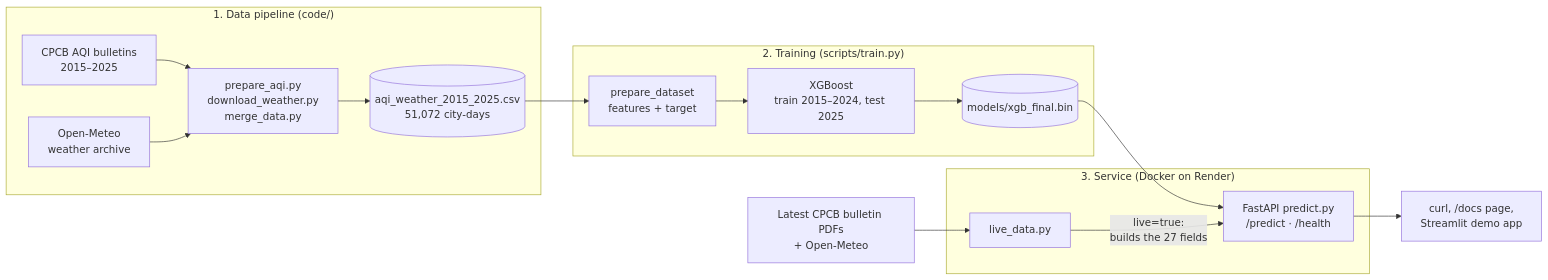
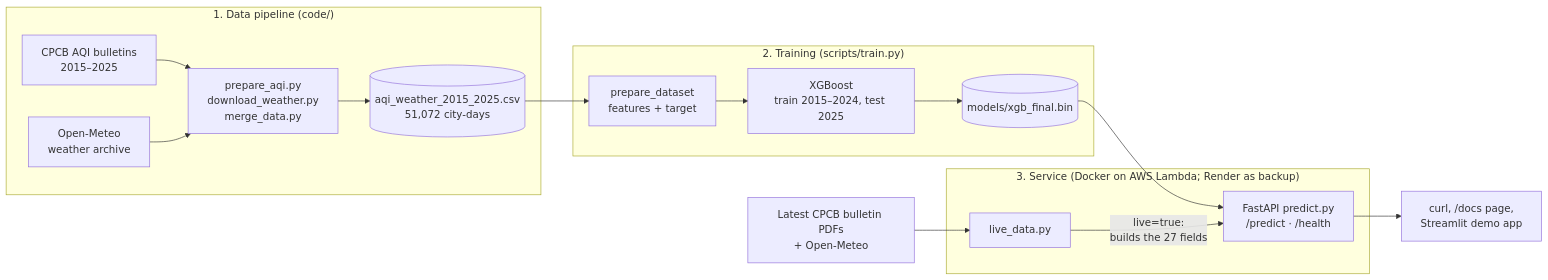
One commit to shohbitgupta/aqi_forcasting changed the diagram in README.md. Above: the diagram before and after it, drawn with Mermaid. The commit also changed other lines of this file and 1 other file, not shown here.

Commit message:
updated deployment to AWS lambda

````diff
--- a/README.md
+++ b/README.md
@@ -92,19 +106,19 @@
 ```mermaid
 flowchart LR
     subgraph pipeline["1. Data pipeline (code/)"]
         A["CPCB AQI bulletins<br/>2015–2025"] --> C["prepare_aqi.py<br/>download_weather.py<br/>merge_data.py"]
         B["Open-Meteo<br/>weather archive"] --> C
         C --> D[("aqi_weather_2015_2025.csv<br/>51,072 city-days")]
     end
     subgraph training["2. Training (scripts/train.py)"]
         D --> E["prepare_dataset<br/>features + target"]
         E --> F["XGBoost<br/>train 2015–2024, test 2025"]
         F --> G[("models/xgb_final.bin")]
     end
-    subgraph service["3. Service (Docker on Render)"]
+    subgraph service["3. Service (Docker on AWS Lambda; Render as backup)"]
         G --> H["FastAPI predict.py<br/>/predict · /health"]
         I["live_data.py"] -->|"live=true:<br/>builds the 27 fields"| H
     end
     J["Latest CPCB bulletin PDFs<br/>+ Open-Meteo"] --> I
     H --> K["curl, /docs page,<br/>Streamlit demo app"]
 ```
````
